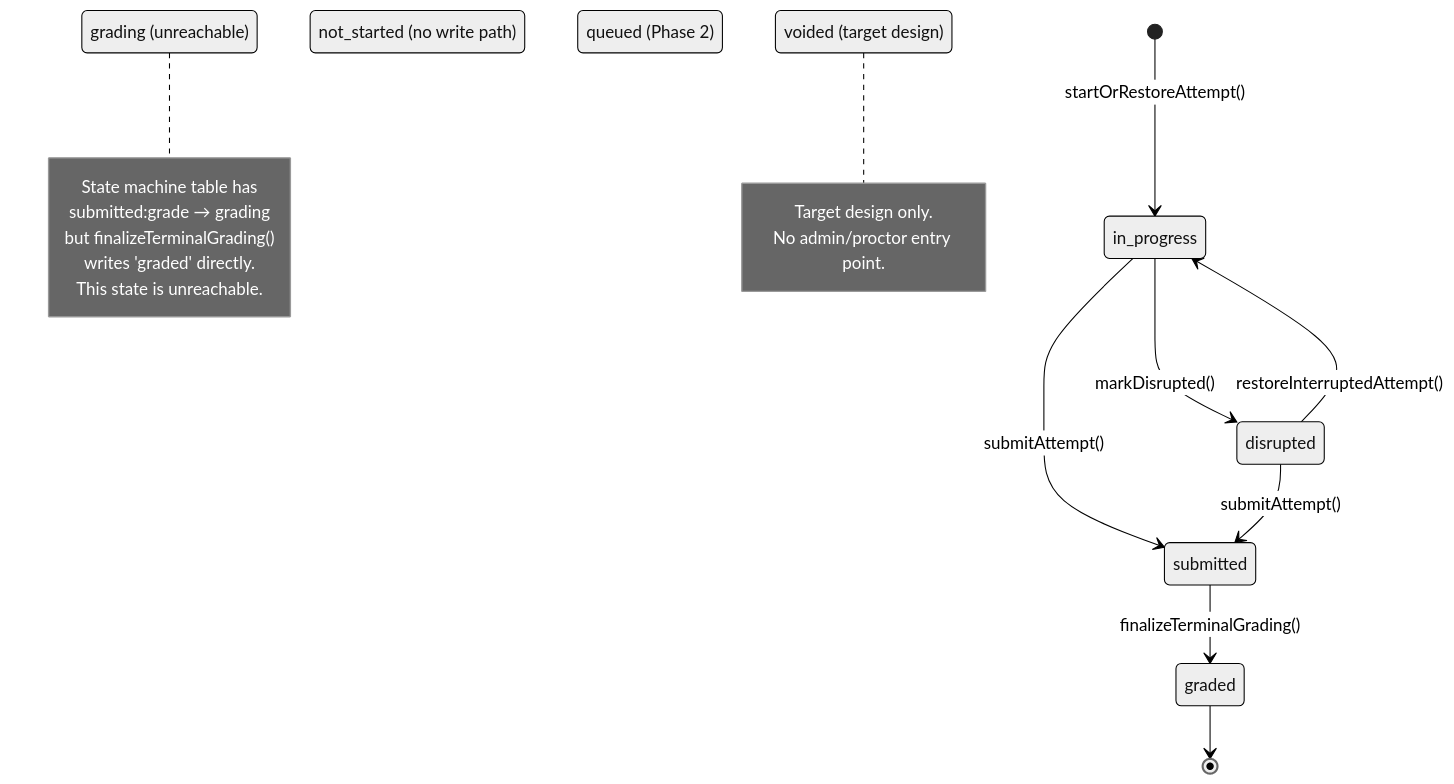
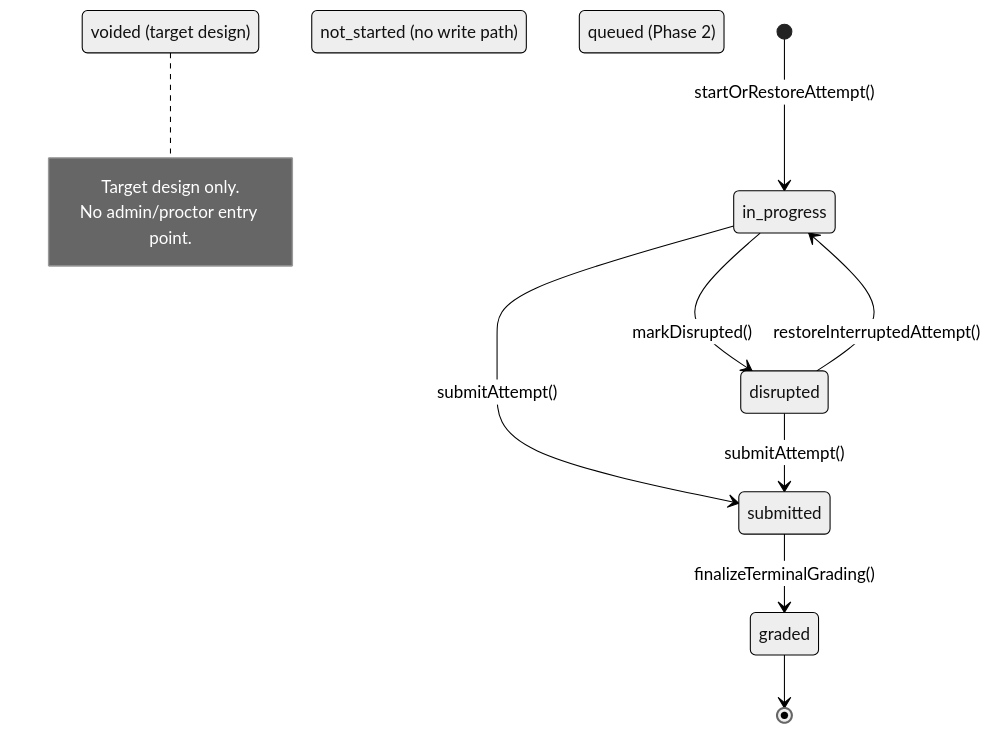
One commit to jnhu76/exam changed the second of 5 diagrams in docs/architecture/exam-system/state-and-authority.md. Above: the diagram before and after it, drawn with Mermaid (neutral theme). The commit also changed other lines of this file and 62 other files, not shown here.

````diff
--- a/docs/architecture/exam-system/state-and-authority.md
+++ b/docs/architecture/exam-system/state-and-authority.md
@@ -144,28 +154,20 @@
 ```mermaid
 stateDiagram-v2
     [*] --> in_progress: startOrRestoreAttempt()
 
     in_progress --> submitted: submitAttempt()
     in_progress --> disrupted: markDisrupted()
     disrupted --> submitted: submitAttempt()
     disrupted --> in_progress: restoreInterruptedAttempt()
     submitted --> graded: finalizeTerminalGrading()
     graded --> [*]
 
     state "not_started (no write path)" as not_started
     state "queued (Phase 2)" as queued
-    state "grading (unreachable)" as grading
     state "voided (target design)" as voided
 
-    note right of grading
-        State machine table has
-        submitted:grade → grading
-        but finalizeTerminalGrading()
-        writes 'graded' directly.
-        This state is unreachable.
-    end note
     note right of voided
         Target design only.
         No admin/proctor entry point.
     end note
 ```
````
